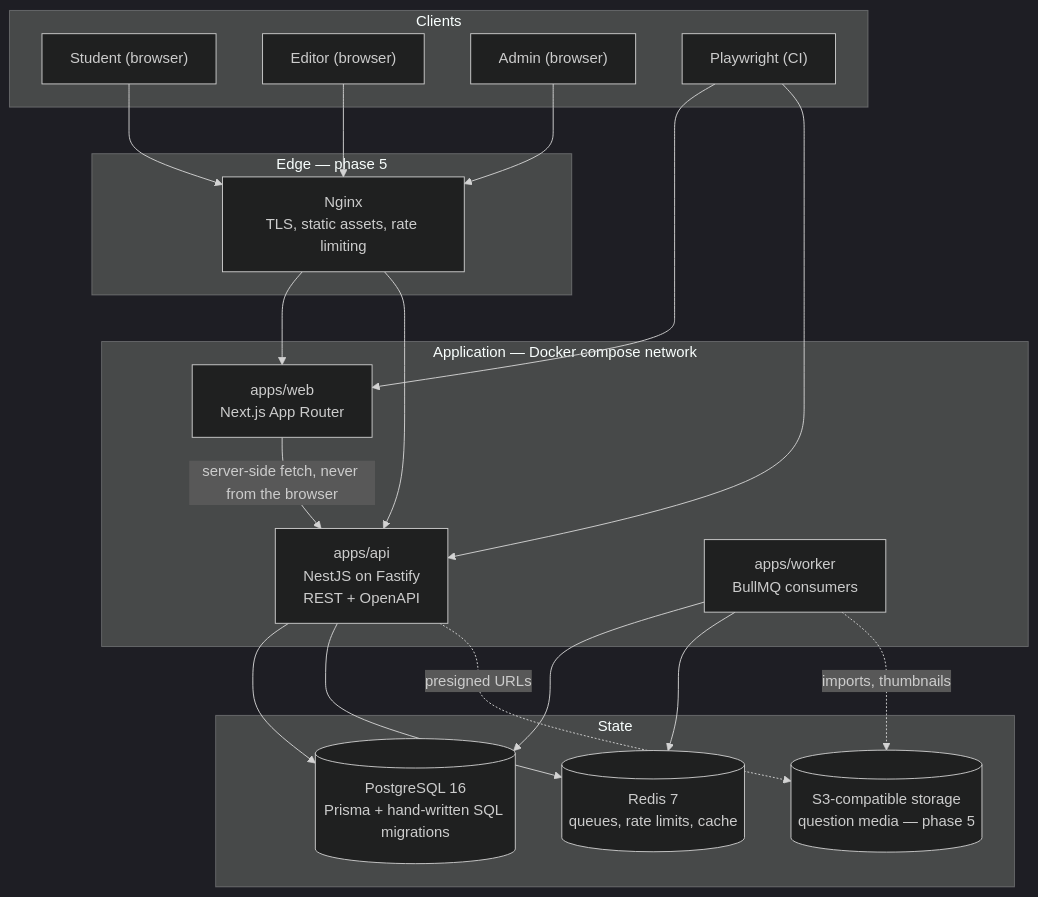
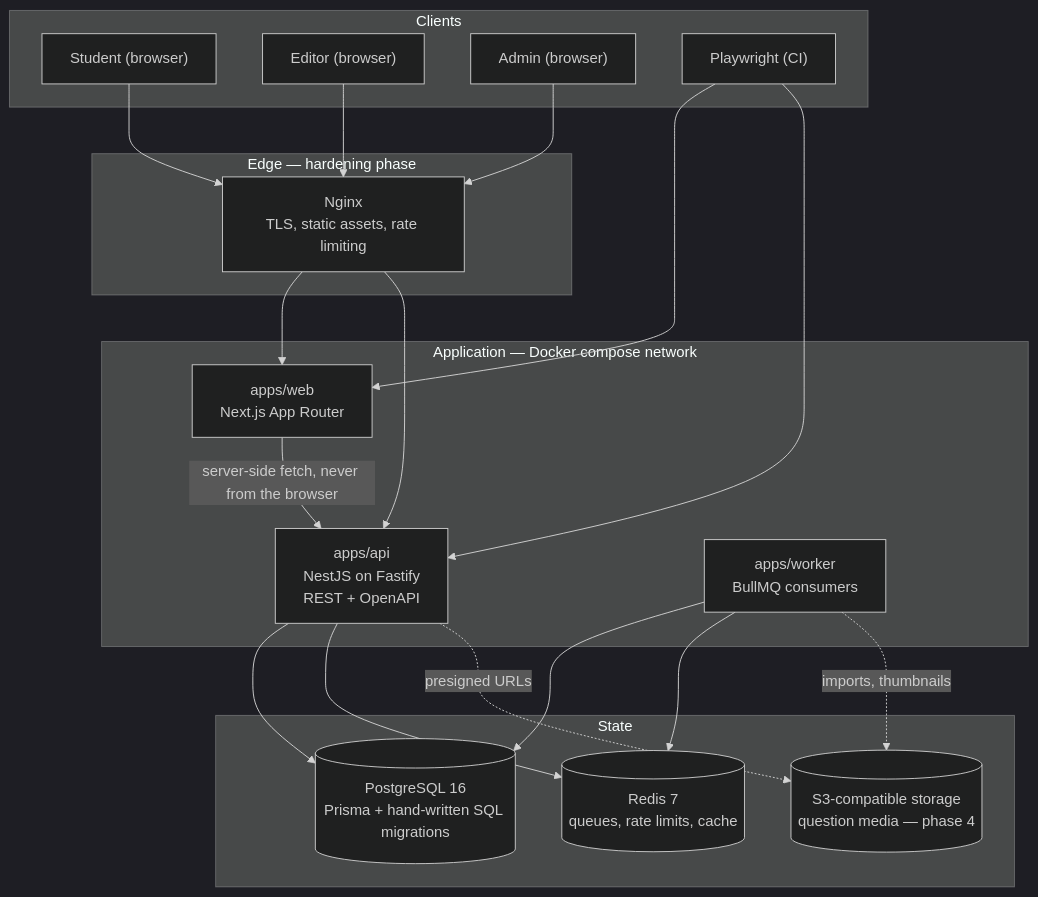
The first of 4 diagrams in docs/architecture.md (Kapil-viahwa/abhyas), drawn with Mermaid (dark theme) before and after one commit. The commit also changed other lines of this file and 5 other files, not shown here.

````diff
--- a/docs/architecture.md
+++ b/docs/architecture.md
@@ -10,40 +10,40 @@
 ```mermaid
 flowchart TB
   subgraph clients["Clients"]
     student["Student (browser)"]
     editor["Editor (browser)"]
     admin["Admin (browser)"]
     playwright["Playwright (CI)"]
   end
 
-  subgraph edge["Edge — phase 5"]
+  subgraph edge["Edge — hardening phase"]
     nginx["Nginx<br/>TLS, static assets, rate limiting"]
   end
 
   subgraph app["Application — Docker compose network"]
     web["apps/web<br/>Next.js App Router"]
     api["apps/api<br/>NestJS on Fastify<br/>REST + OpenAPI"]
     worker["apps/worker<br/>BullMQ consumers"]
   end
 
   subgraph state["State"]
     pg[("PostgreSQL 16<br/>Prisma + hand-written SQL migrations")]
     redis[("Redis 7<br/>queues, rate limits, cache")]
-    s3[("S3-compatible storage<br/>question media — phase 5")]
+    s3[("S3-compatible storage<br/>question media — phase 4")]
   end
 
   student --> nginx
   editor --> nginx
   admin --> nginx
   playwright --> web
   playwright --> api
   nginx --> web
   nginx --> api
   web -->|server-side fetch, never from the browser| api
   api --> pg
   api --> redis
   worker --> pg
   worker --> redis
   api -.->|presigned URLs| s3
   worker -.->|imports, thumbnails| s3
 ```
````
